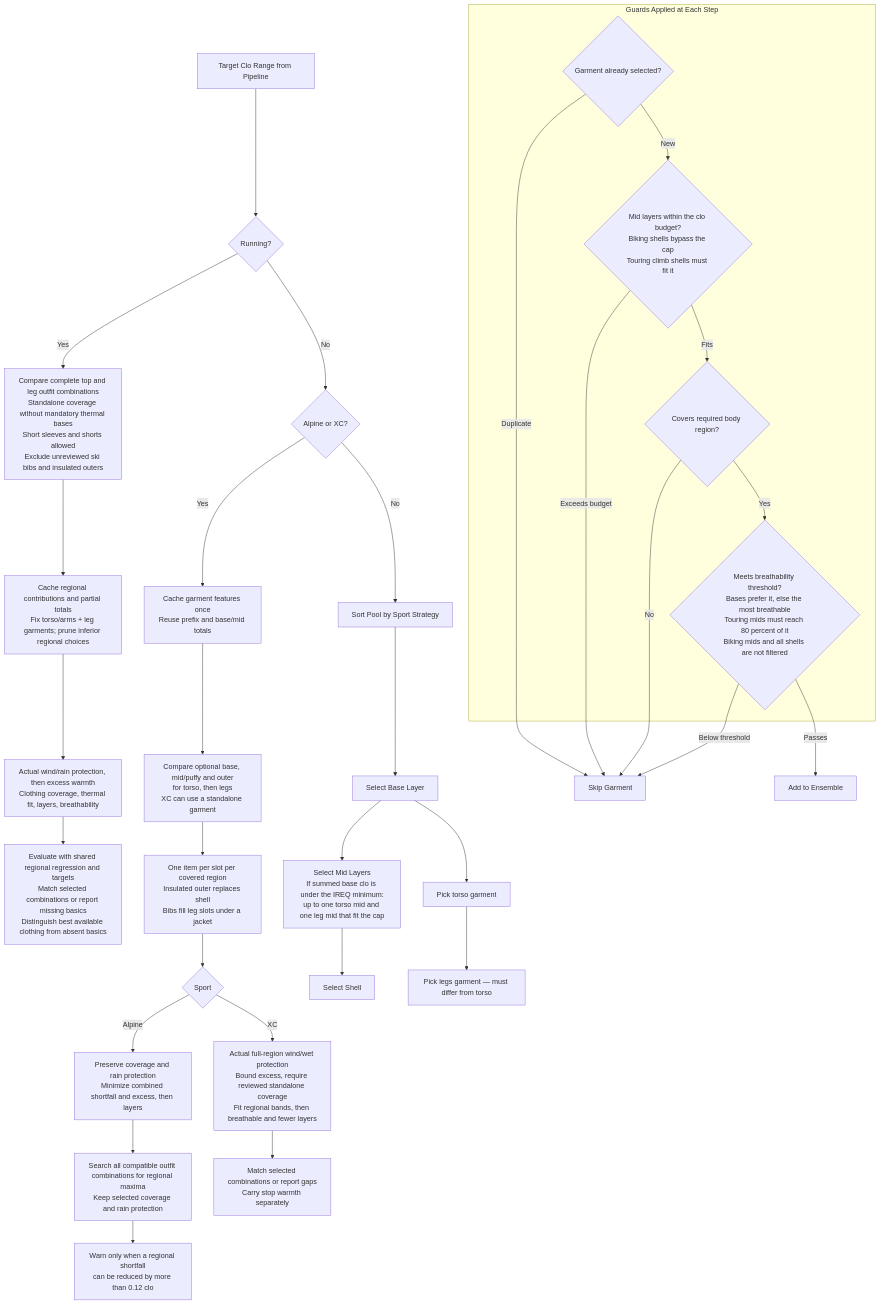
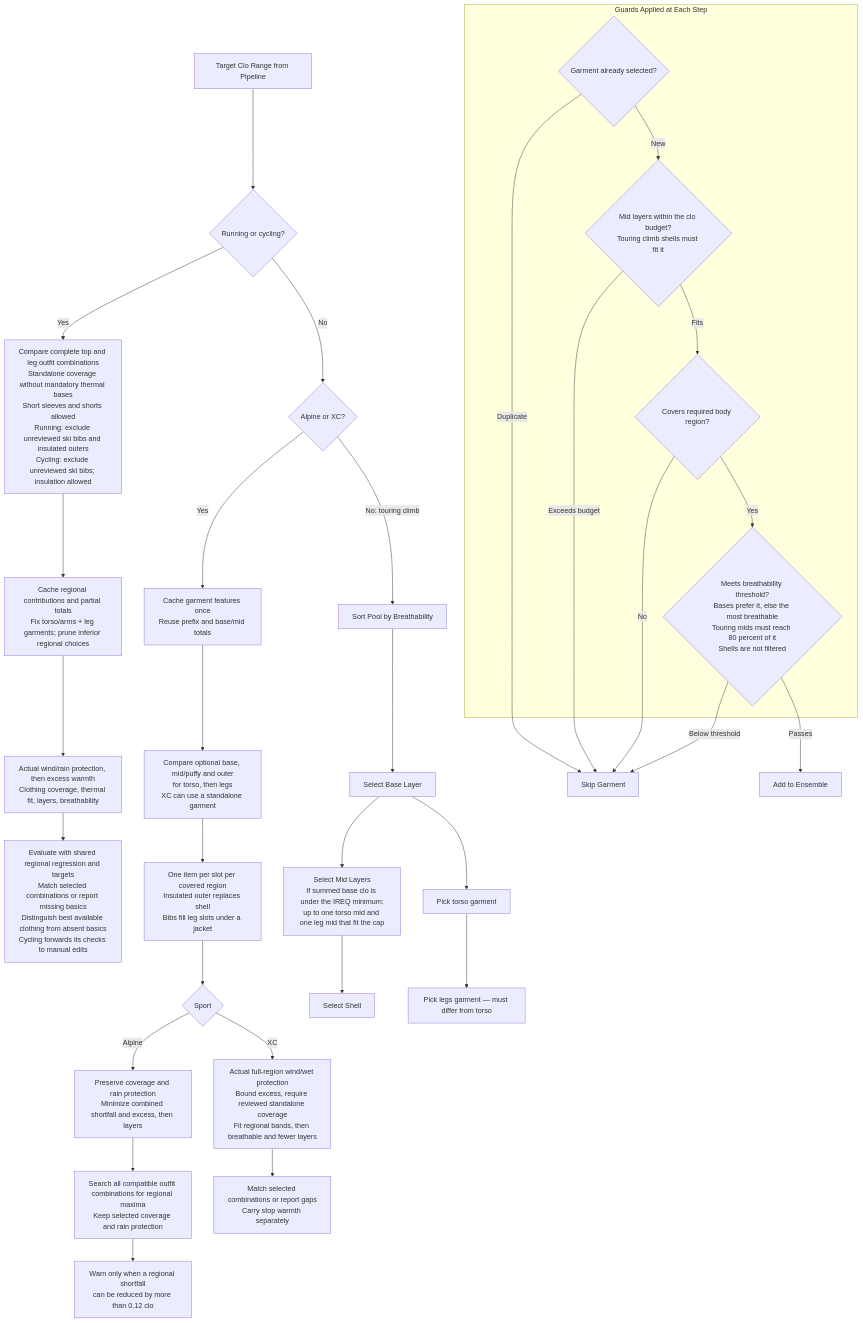
One commit to derobertsw/swttr changed the third of 7 diagrams in README.md. Above: the diagram before and after it, drawn with Mermaid. The commit also changed other lines of this file and 12 other files, not shown here.

First line of the commit message:
Select complete cycling outfits that pass the shared comfort check (#371) (#395)

````diff
--- a/README.md
+++ b/README.md
@@ -144,41 +146,41 @@
 ```mermaid
 graph TD
-    START[Target Clo Range from Pipeline] --> RUNNING{Running?}
-    RUNNING -->|Yes| RUNOPT[Compare complete top and leg outfit combinations<br/>Standalone coverage without mandatory thermal bases<br/>Short sleeves and shorts allowed<br/>Exclude unreviewed ski bibs and insulated outers]
+    START[Target Clo Range from Pipeline] --> RUNNING{Running or cycling?}
+    RUNNING -->|Yes| RUNOPT[Compare complete top and leg outfit combinations<br/>Standalone coverage without mandatory thermal bases<br/>Short sleeves and shorts allowed<br/>Running: exclude unreviewed ski bibs and insulated outers<br/>Cycling: exclude unreviewed ski bibs; insulation allowed]
     RUNOPT --> RCACHE[Cache regional contributions and partial totals<br/>Fix torso/arms + leg garments; prune inferior regional choices]
     RCACHE --> RUNRANK[Actual wind/rain protection, then excess warmth<br/>Clothing coverage, thermal fit, layers, breathability]
-    RUNRANK --> RUNREQ[Evaluate with shared regional regression and targets<br/>Match selected combinations or report missing basics<br/>Distinguish best available clothing from absent basics]
+    RUNRANK --> RUNREQ[Evaluate with shared regional regression and targets<br/>Match selected combinations or report missing basics<br/>Distinguish best available clothing from absent basics<br/>Cycling forwards its checks to manual edits]
     RUNNING -->|No| SPORT{Alpine or XC?}
     SPORT -->|Yes| CACHE[Cache garment features once<br/>Reuse prefix and base/mid totals]
     CACHE --> COMB[Compare optional base, mid/puffy and outer<br/>for torso, then legs<br/>XC can use a standalone garment]
     COMB --> CAP[One item per slot per covered region<br/>Insulated outer replaces shell<br/>Bibs fill leg slots under a jacket]
     CAP --> RANK{Sport}
     RANK -->|Alpine| REG[Preserve coverage and rain protection<br/>Minimize combined shortfall and excess, then layers]
     REG --> WARM[Search all compatible outfit combinations for regional maxima<br/>Keep selected coverage and rain protection]
     WARM --> WARN[Warn only when a regional shortfall<br/>can be reduced by more than 0.12 clo]
     RANK -->|XC| XREG[Actual full-region wind/wet protection<br/>Bound excess, require reviewed standalone coverage<br/>Fit regional bands, then breathable and fewer layers]
     XREG --> XREQ[Match selected combinations or report gaps<br/>Carry stop warmth separately]
-    SPORT -->|No| SORT[Sort Pool by Sport Strategy]
+    SPORT -->|No: touring climb| SORT[Sort Pool by Breathability]
     SORT --> BASE[Select Base Layer]
     BASE --> MID[Select Mid Layers<br/>If summed base clo is under the IREQ minimum:<br/>up to one torso mid and one leg mid that fit the cap]
     MID --> SHELL[Select Shell]
 
     BASE --> T1[Pick torso garment]
     T1 --> L1[Pick legs garment — must differ from torso]
 
     subgraph "Guards Applied at Each Step"
         G1{Garment already selected?}
-        G2{Mid layers within the clo budget?<br/>Biking shells bypass the cap<br/>Touring climb shells must fit it}
+        G2{Mid layers within the clo budget?<br/>Touring climb shells must fit it}
         G3{Covers required body region?}
-        G4{Meets breathability threshold?<br/>Bases prefer it, else the most breathable<br/>Touring mids must reach 80 percent of it<br/>Biking mids and all shells are not filtered}
+        G4{Meets breathability threshold?<br/>Bases prefer it, else the most breathable<br/>Touring mids must reach 80 percent of it<br/>Shells are not filtered}
     end
 
     G1 -->|Duplicate| SKIP[Skip Garment]
     G1 -->|New| G2
     G2 -->|Exceeds budget| SKIP
     G2 -->|Fits| G3
     G3 -->|No| SKIP
     G3 -->|Yes| G4
     G4 -->|Below threshold| SKIP
     G4 -->|Passes| ADD[Add to Ensemble]
 ```
````
